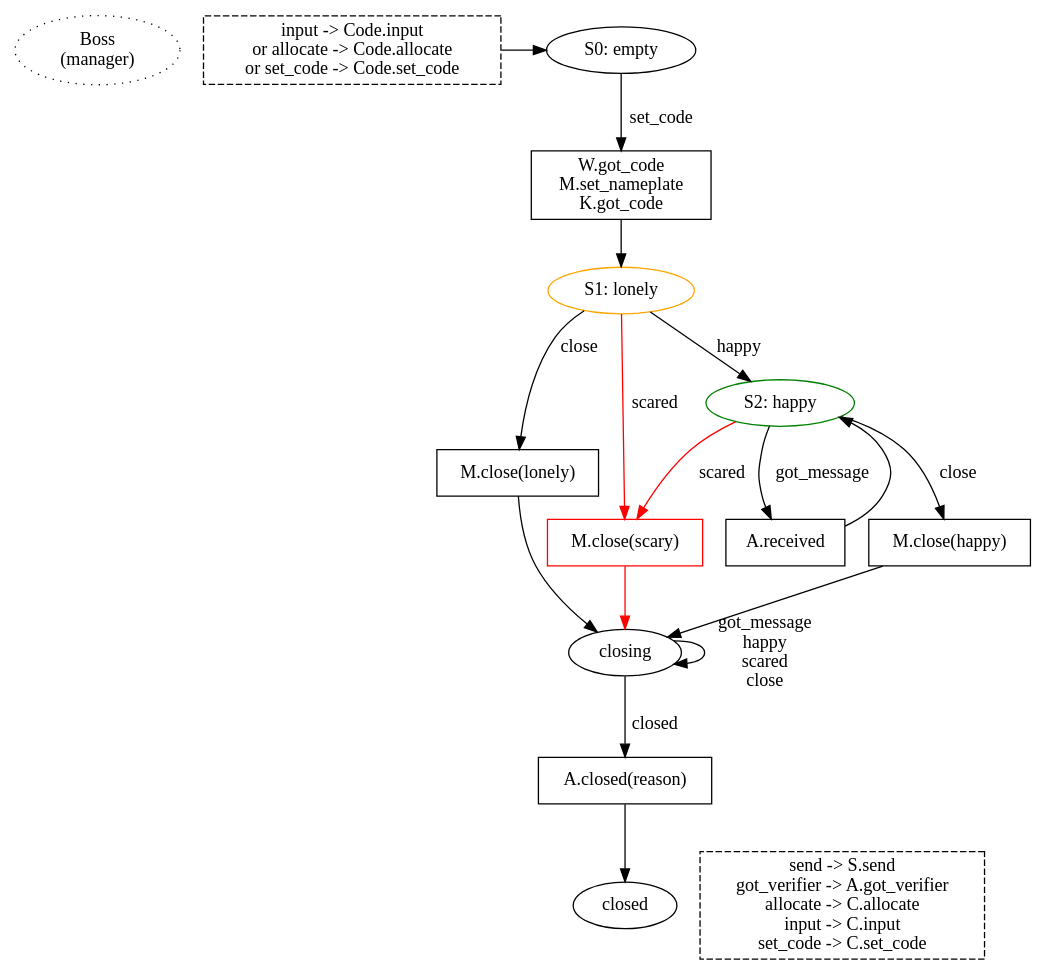
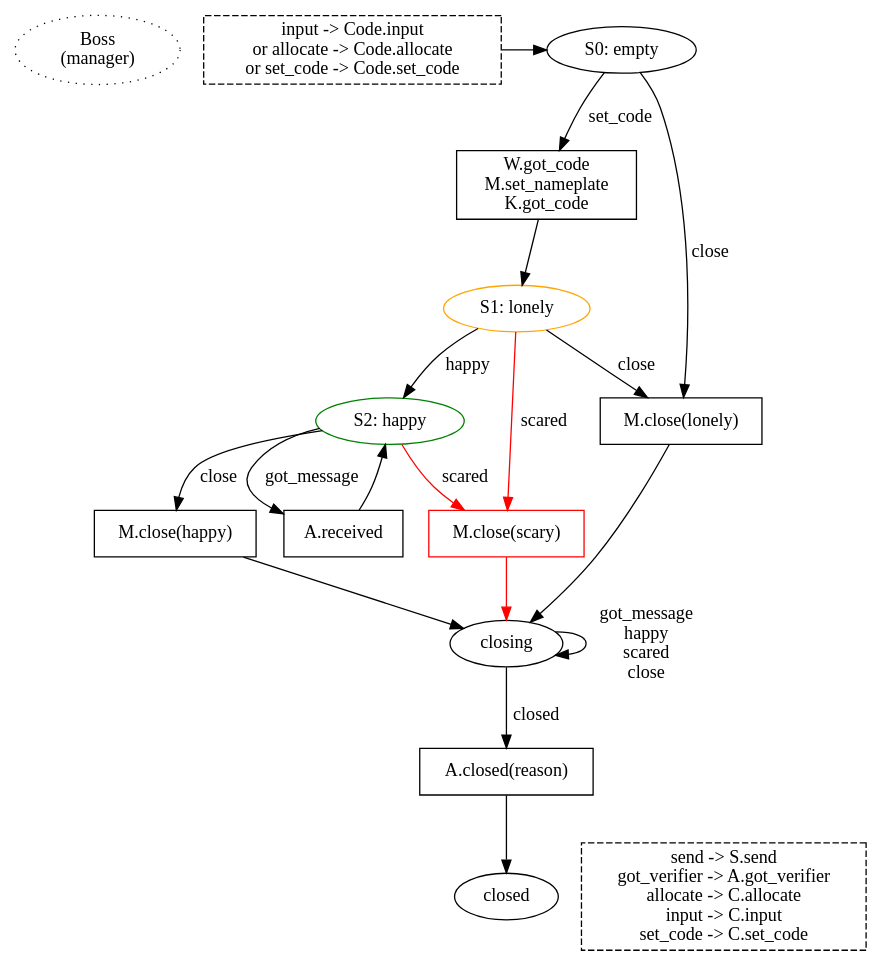
The diagram in docs/boss.dot (magic-wormhole/magic-wormhole), drawn with Graphviz before and after one commit. The commit also changed 8 other files, not shown here.

```diff
--- a/docs/boss.dot
+++ b/docs/boss.dot
@@ -1,59 +1,61 @@
 digraph {
 
         /* could shave a RTT by committing to the nameplate early, before
         finishing the rest of the code input. While the user is still
         typing/completing the code, we claim the nameplate, open the mailbox,
         and retrieve the peer's PAKE message. Then as soon as the user
         finishes entering the code, we build our own PAKE message, send PAKE,
         compute the key, send VERSION. Starting from the Return, this saves
         two round trips. OTOH it adds consequences to hitting Tab. */
 
         start [label="Boss\n(manager)" style="dotted"]
 
         {rank=same; P0_code S0}
         P0_code [shape="box" style="dashed"
                  label="input -> Code.input\n or allocate -> Code.allocate\n or set_code -> Code.set_code"]
         P0_code -> S0
         S0 [label="S0: empty"]
         S0 -> P0_build [label="set_code"]
+
+        S0 -> P_close_lonely [label="close"]
 
         P0_build [shape="box" label="W.got_code\nM.set_nameplate\nK.got_code"]
         P0_build -> S1
         S1 [label="S1: lonely" color="orange"]
 
         S1 -> S2 [label="happy"]
 
         S1 -> P_close_scary [label="scared" color="red"]
         S1 -> P_close_lonely [label="close"]
         P_close_lonely [shape="box" label="M.close(lonely)"]
         P_close_lonely -> S_closing
 
         P_close_scary [shape="box" label="M.close(scary)" color="red"]
         P_close_scary -> S_closing [color="red"]
 
         S2 [label="S2: happy" color="green"]
         S2 -> P2_close [label="close"]
         P2_close [shape="box" label="M.close(happy)"]
         P2_close -> S_closing
 
         S2 -> P2_got_message [label="got_message"]
         P2_got_message [shape="box" label="A.received"]
         P2_got_message -> S2
 
         S2 -> P_close_scary [label="scared" color="red"]
 
         S_closing [label="closing"]
         S_closing -> P_closed [label="closed"]
         S_closing -> S_closing [label="got_message\nhappy\nscared\nclose"]
 
         P_closed [shape="box" label="A.closed(reason)"]
         P_closed -> S_closed
         S_closed [label="closed"]
 
         {rank=same; Other S_closed}
         Other [shape="box" style="dashed"
                label="send -> S.send\ngot_verifier -> A.got_verifier\nallocate -> C.allocate\ninput -> C.input\nset_code -> C.set_code"
                ]
 
 
 }
```
